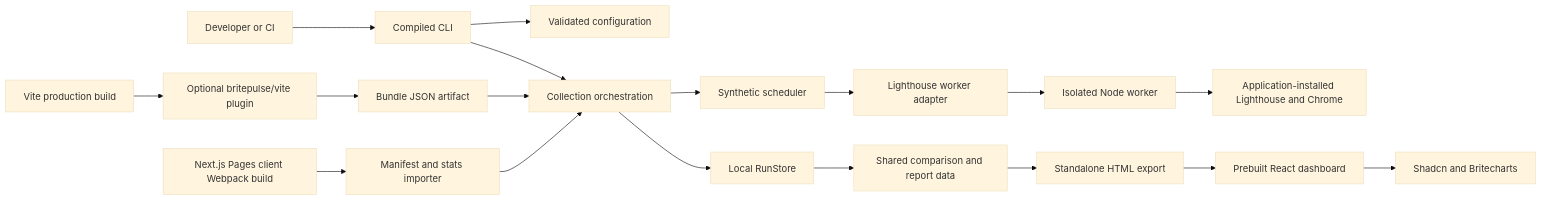
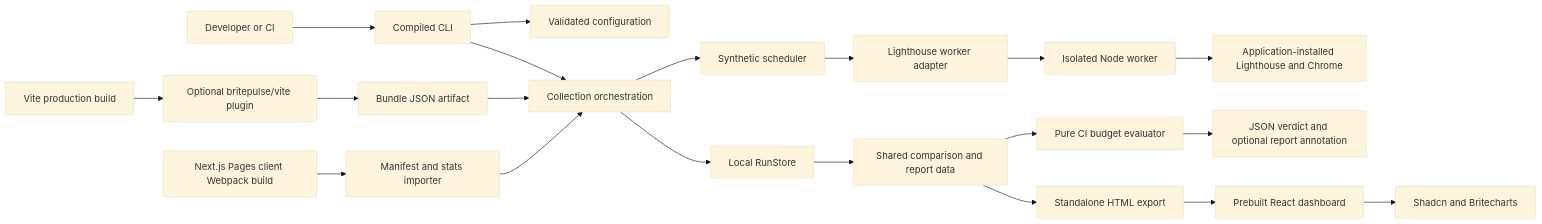
The first of 3 diagrams in Architecture.md (Golodhros/britepulse), drawn with Mermaid (base theme) before and after one commit. The commit also changed 32 other files, not shown here.

````diff
--- a/Architecture.md
+++ b/Architecture.md
@@ -9,20 +9,22 @@
 ```mermaid
 flowchart LR
   User[Developer or CI] --> CLI[Compiled CLI]
   CLI --> Config[Validated configuration]
   CLI --> Collect[Collection orchestration]
   Collect --> Store[Local RunStore]
   Collect --> Schedule[Synthetic scheduler]
   Schedule --> Adapter[Lighthouse worker adapter]
   Adapter --> Worker[Isolated Node worker]
   Worker --> Chrome[Application-installed Lighthouse and Chrome]
   App[Vite production build] --> Plugin[Optional britepulse/vite plugin]
   Plugin --> Artifact[Bundle JSON artifact]
   Artifact --> Collect
   Next[Next.js Pages client Webpack build] --> NextImport[Manifest and stats importer]
   NextImport --> Collect
   Store --> Compare[Shared comparison and report data]
+  Compare --> Budgets[Pure CI budget evaluator]
+  Budgets --> Verdict[JSON verdict and optional report annotation]
   Compare --> Export[Standalone HTML export]
   Export --> UI[Prebuilt React dashboard]
   UI --> Charts[Shadcn and Britecharts]
 ```
````
